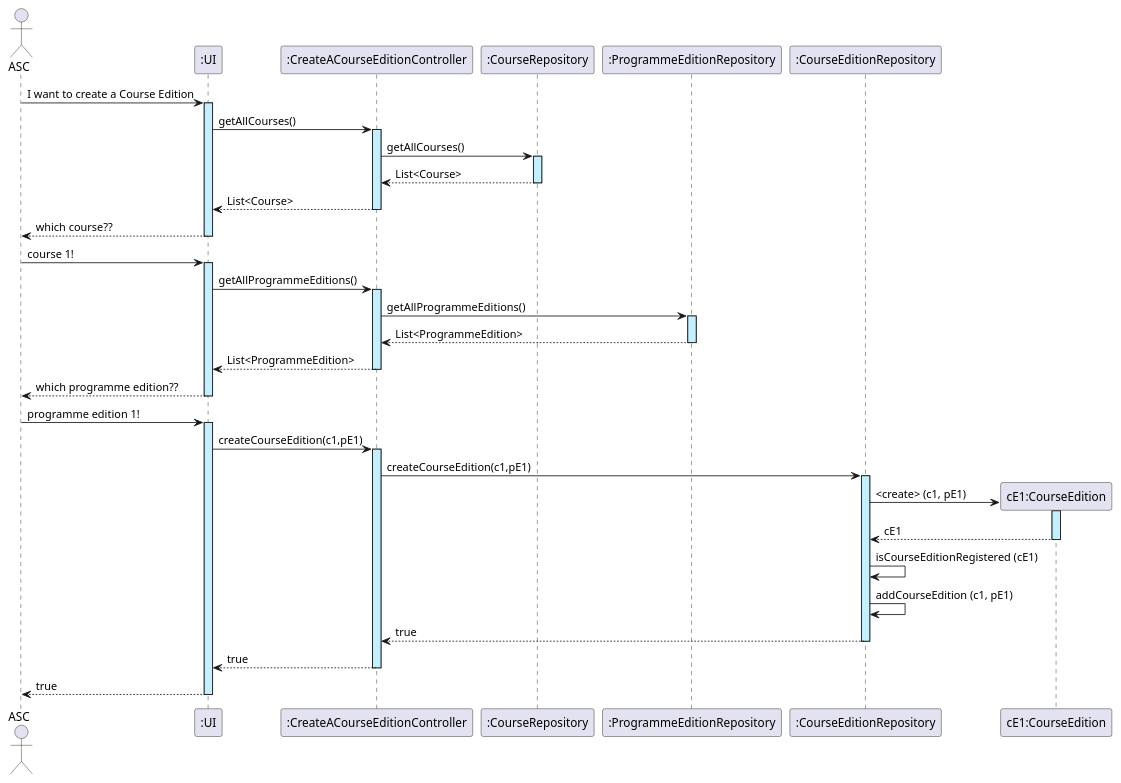
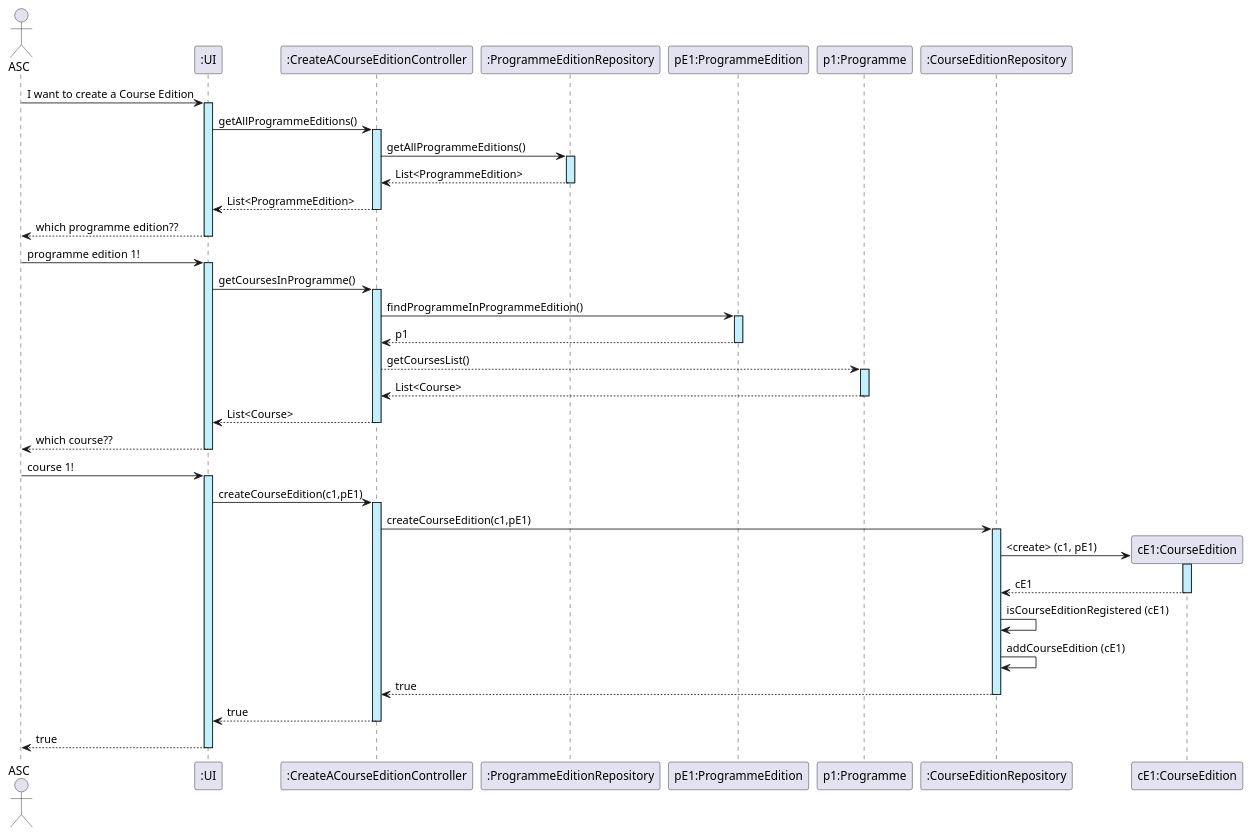
The diagram in docs/sequenceSystemDiagrams/US19/US19_CreateACourseEdition.puml (GasparISEP/DevOps-PAI), drawn with PlantUML before and after one commit.

Commit message:
US19 updated Sequence Diagram

```diff
--- a/docs/sequenceSystemDiagrams/US19/US19_CreateACourseEdition.puml
+++ b/docs/sequenceSystemDiagrams/US19/US19_CreateACourseEdition.puml
@@ -1,38 +1,44 @@
 @startuml
 actor ASC
 participant ":UI" as UI
 participant ":CreateACourseEditionController" as CT
-participant ":CourseRepository" as CR
 participant ":ProgrammeEditionRepository" as PER
+participant "pE1:ProgrammeEdition" as PE
+participant "p1:Programme" as PG
 participant ":CourseEditionRepository" as CER
 
-ASC -> UI ++ #application : I want to create a Course Edition
-UI -> CT ++ #application: getAllCourses()
-CT -> CR ++ #application: getAllCourses()
-CR --> CT -- : List<Course>
-CT --> UI -- : List<Course>
-UI --> ASC -- : which course??
-
-ASC -> UI ++ #application : course 1!
+ASC -> UI ++ #application :  I want to create a Course Edition
 UI -> CT ++ #application: getAllProgrammeEditions()
 CT -> PER ++ #application: getAllProgrammeEditions()
 PER --> CT -- : List<ProgrammeEdition>
 CT --> UI -- : List<ProgrammeEdition>
 UI --> ASC -- : which programme edition??
 
+
 ASC -> UI ++ #application : programme edition 1!
+UI -> CT ++ #application: getCoursesInProgramme()
+CT -> PE ++ #application: findProgrammeInProgrammeEdition()
+PE --> CT -- : p1
+
+CT --> PG ++ #application: getCoursesList()
+PG --> CT -- : List<Course>
+CT --> UI -- : List<Course>
+UI --> ASC -- : which course??
+
+
+ASC -> UI ++ #application : course 1!
 UI -> CT ++ #application : createCourseEdition(c1,pE1)
 CT -> CER ++ #application : createCourseEdition(c1,pE1)
 
 
 create "cE1:CourseEdition" as CE
 CER -> CE ++ #application : <create> (c1, pE1)
 CE --> CER -- : cE1
 CER -> CER : isCourseEditionRegistered (cE1)
-CER -> CER : addCourseEdition (c1, pE1)
+CER -> CER : addCourseEdition (cE1)
 
 CER --> CT --: true
 CT --> UI --: true
 UI --> ASC --: true
 
 @enduml
```
